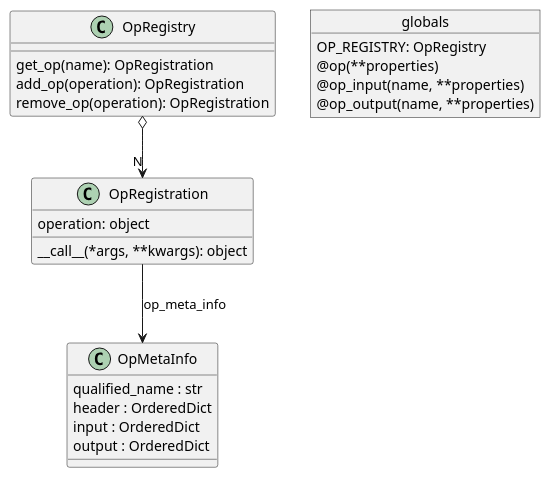
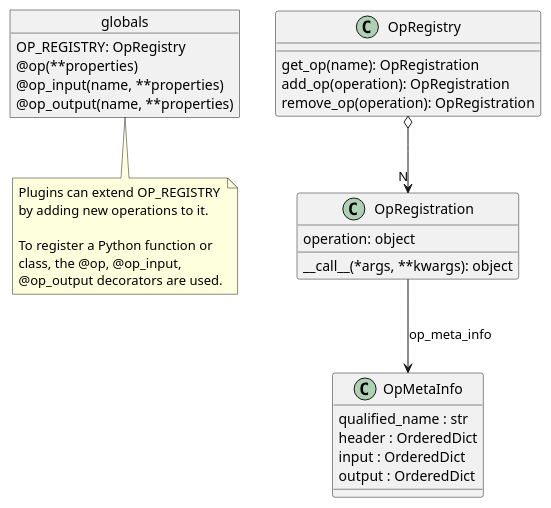
One commit to CCI-Tools/cate changed the diagram in doc/source/uml/op.puml. Above: the diagram before and after it, drawn with PlantUML. The commit also changed 3 other files, not shown here.

Commit message:
architecture update

```diff
--- a/doc/source/uml/op.puml
+++ b/doc/source/uml/op.puml
@@ -1,33 +1,42 @@
 @startuml
+
+object globals {
+    OP_REGISTRY: OpRegistry
+    @op(**properties)
+    @op_input(name, **properties)
+    @op_output(name, **properties)
+}
+
+note bottom of globals
+Plugins can extend OP_REGISTRY
+by adding new operations to it.
+
+To register a Python function or
+class, the @op, @op_input,
+@op_output decorators are used.
+end note
 
 class OpRegistry {
     get_op(name): OpRegistration
     add_op(operation): OpRegistration
     remove_op(operation): OpRegistration
 }
 
 
 class OpRegistration {
     operation: object
     __call__(*args, **kwargs): object
 }
 
 
 class OpMetaInfo {
     qualified_name : str
     header : OrderedDict
     input : OrderedDict
     output : OrderedDict
 }
 
 OpRegistry o--> "N" OpRegistration
 OpRegistration --> OpMetaInfo: op_meta_info
 
-object globals {
-    OP_REGISTRY: OpRegistry
-    @op(**properties)
-    @op_input(name, **properties)
-    @op_output(name, **properties)
-}
-
 @enduml
```
